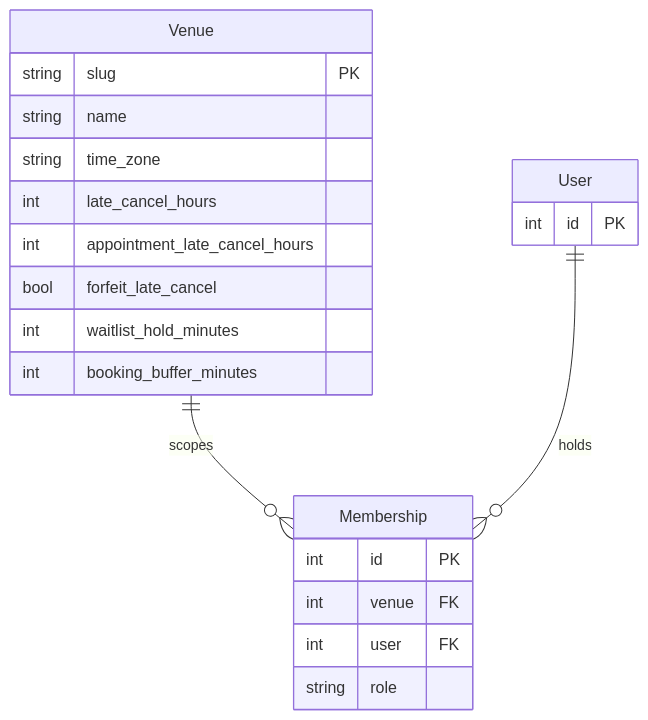
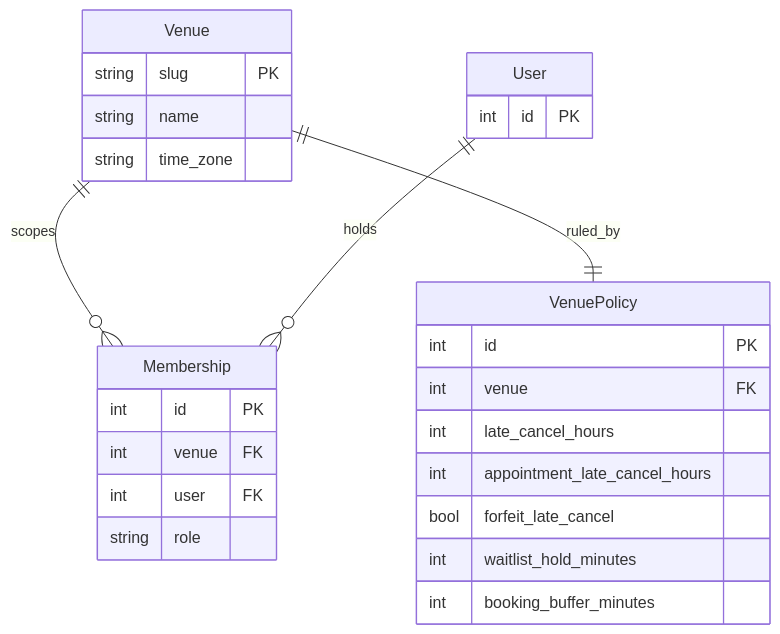
Before and after one commit to kevgathuku/bookr: the first of 7 diagrams in SPEC.md, drawn with Mermaid. The commit also changed other lines of this file and 4 other files, not shown here.

Commit message:
Extract rules into venue policy

````diff
--- a/SPEC.md
+++ b/SPEC.md
@@ -17,24 +17,29 @@
 ```mermaid
 erDiagram
     Venue {
         string slug PK
         string name
         string time_zone
+    }
+    VenuePolicy {
+        int id PK
+        int venue FK
         int late_cancel_hours
         int appointment_late_cancel_hours
         bool forfeit_late_cancel
         int waitlist_hold_minutes
         int booking_buffer_minutes
     }
     User {
         int id PK
     }
     Membership {
         int id PK
         int venue FK
         int user FK
         string role
     }
     Venue ||--o{ Membership : scopes
+    Venue ||--|| VenuePolicy : ruled_by
     User ||--o{ Membership : holds
 ```
````
